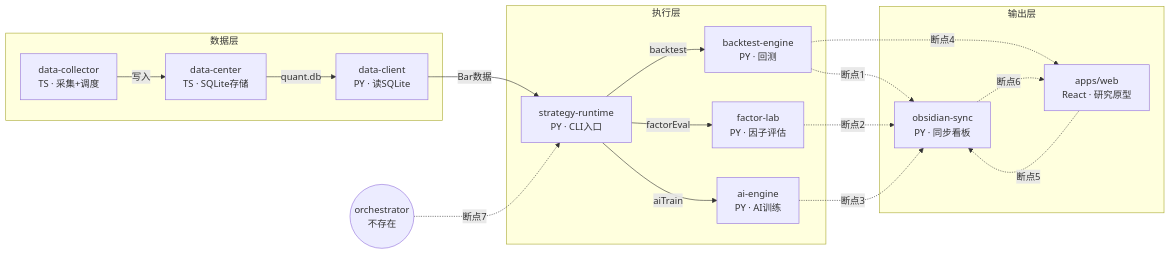
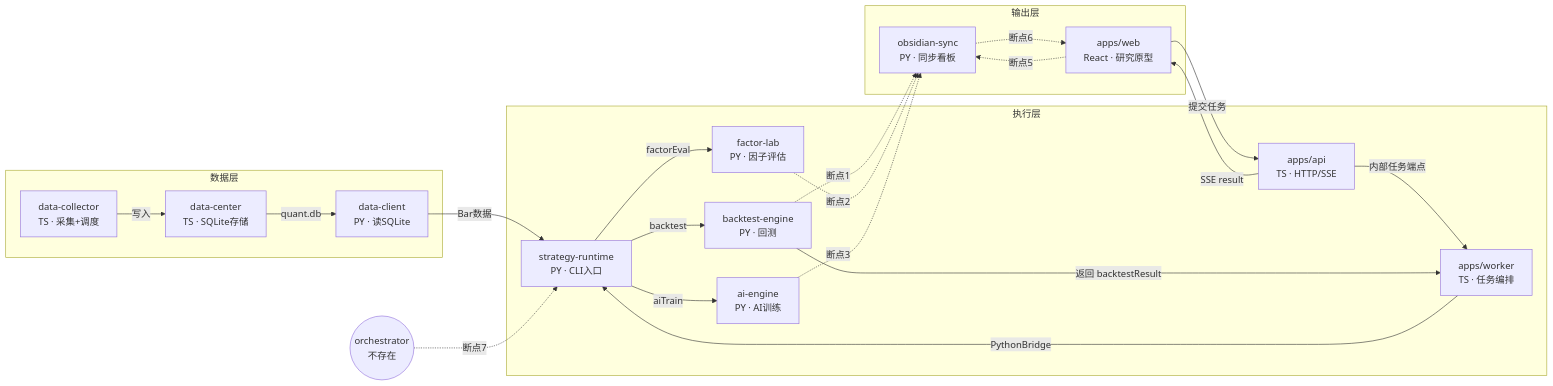
One commit to changer-collab/quant-web changed the diagram in README.md. Above: the diagram before and after it, drawn with Mermaid. The commit also changed other lines of this file, not shown here.

Commit message:
docs: update module connection diagram

````diff
--- a/README.md
+++ b/README.md
@@ -17,36 +17,43 @@
 ```mermaid
 graph LR
   subgraph 数据层
     DC[data-collector<br/>TS · 采集+调度]
     DCE[data-center<br/>TS · SQLite存储]
     DCL[data-client<br/>PY · 读SQLite]
   end
 
   subgraph 执行层
+    API[apps/api<br/>TS · HTTP/SSE]
+    WK[apps/worker<br/>TS · 任务编排]
     SR[strategy-runtime<br/>PY · CLI入口]
     BT[backtest-engine<br/>PY · 回测]
     FL[factor-lab<br/>PY · 因子评估]
     AI[ai-engine<br/>PY · AI训练]
   end
 
   subgraph 输出层
     OB[obsidian-sync<br/>PY · 同步看板]
     WEB[apps/web<br/>React · 研究原型]
   end
 
+  WEB -->|提交任务| API
+  API -->|内部任务端点| WK
+  WK -->|PythonBridge| SR
+  API -->|SSE result| WEB
+
   DC -->|写入| DCE
   DCE -->|quant.db| DCL
   DCL -->|Bar数据| SR
   SR -->|backtest| BT
   SR -->|factorEval| FL
   SR -->|aiTrain| AI
 
   BT -.->|断点1| OB
   FL -.->|断点2| OB
   AI -.->|断点3| OB
-  BT -.->|断点4| WEB
+  BT -->|返回 backtestResult| WK
   WEB -.->|断点5| OB
   OB -.->|断点6| WEB
 
   ORC((orchestrator<br/>不存在)) -.->|断点7| SR
 ```
````
